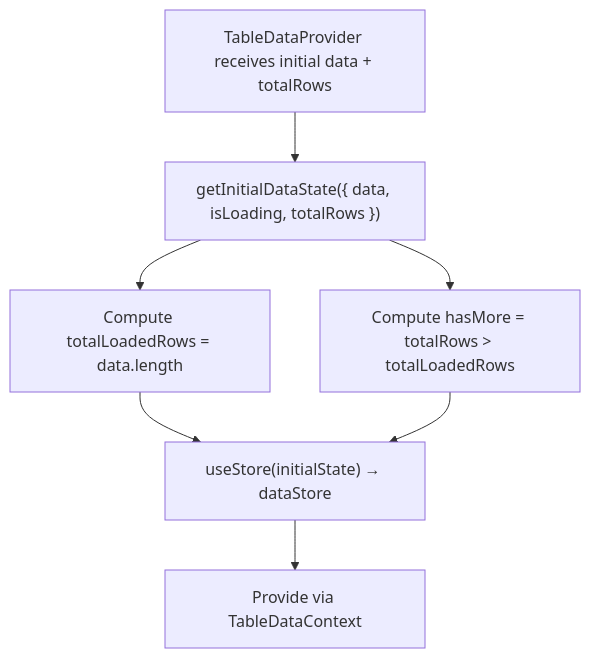
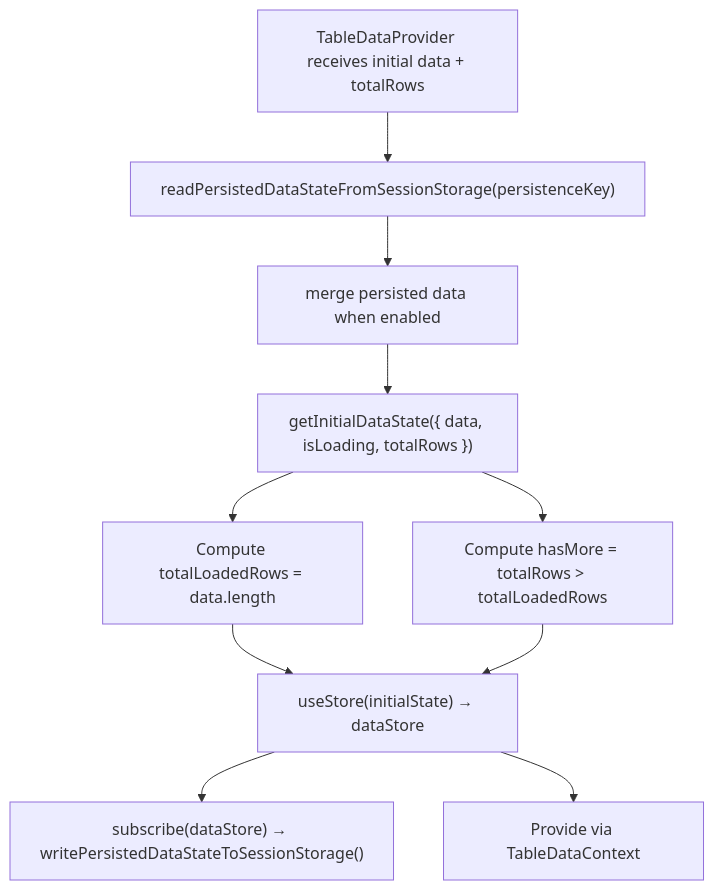
One commit to luciocabrera/lcabrera-stack changed the second of 2 diagrams in apps/react-router/src/components/Table/contexts/TableData/ARCHITECTURE.md. Above: the diagram before and after it, drawn with Mermaid. The commit also changed other lines of this file and 25 other files, not shown here.

````diff
--- a/apps/react-router/src/components/Table/contexts/TableData/ARCHITECTURE.md
+++ b/apps/react-router/src/components/Table/contexts/TableData/ARCHITECTURE.md
@@ -65,10 +65,13 @@
 ```mermaid
 graph TD
   A["TableDataProvider receives initial data + totalRows"]
-  A --> B["getInitialDataState({ data, isLoading, totalRows })"]
+  A --> P["readPersistedDataStateFromSessionStorage(persistenceKey)"]
+  P --> M["merge persisted data when enabled"]
+  M --> B["getInitialDataState({ data, isLoading, totalRows })"]
   B --> C["Compute totalLoadedRows = data.length"]
   B --> D["Compute hasMore = totalRows > totalLoadedRows"]
   C --> E["useStore(initialState) → dataStore"]
   D --> E
+  E --> W["subscribe(dataStore) → writePersistedDataStateToSessionStorage()"]
   E --> F["Provide via TableDataContext"]
 ```
````
